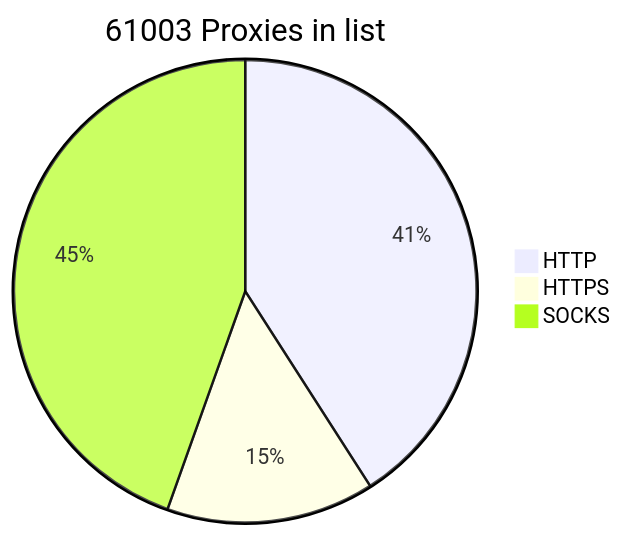
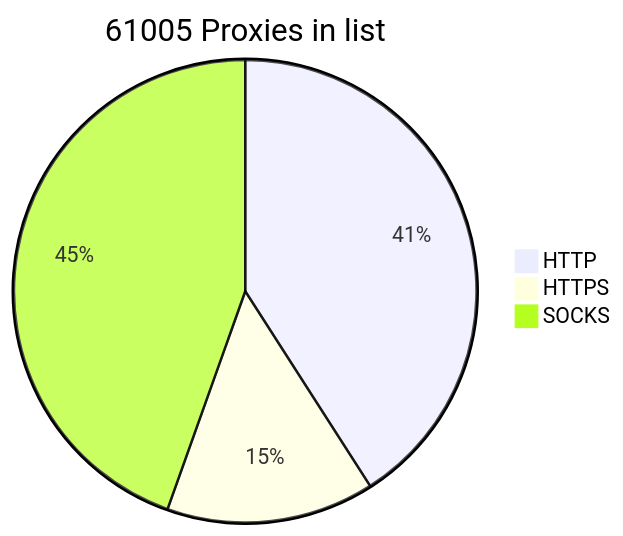
The diagram in README.md (BlackSnowDot/proxylist-update-every-minute), drawn with Mermaid before and after one commit.

````diff
--- a/README.md
+++ b/README.md
@@ -2,6 +2,6 @@
 ```mermaid
-pie title 61003 Proxies in list
-    "HTTP" : 28284
+pie title 61005 Proxies in list
+    "HTTP" : 28286
     "HTTPS": 10043
-    "SOCKS" : 30788
+    "SOCKS" : 30789
 ```
````
